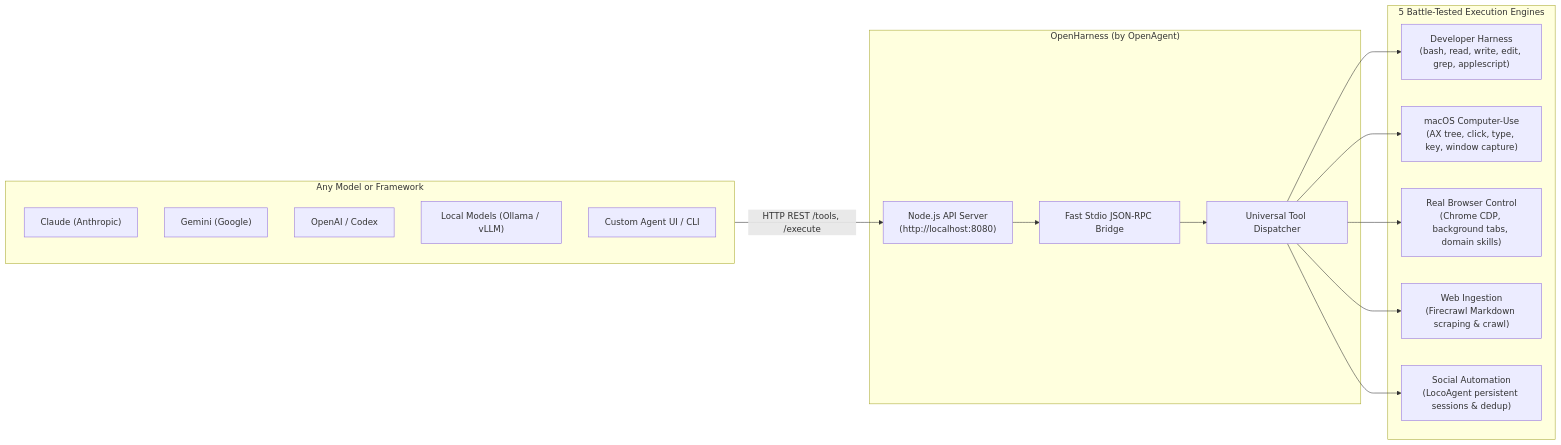
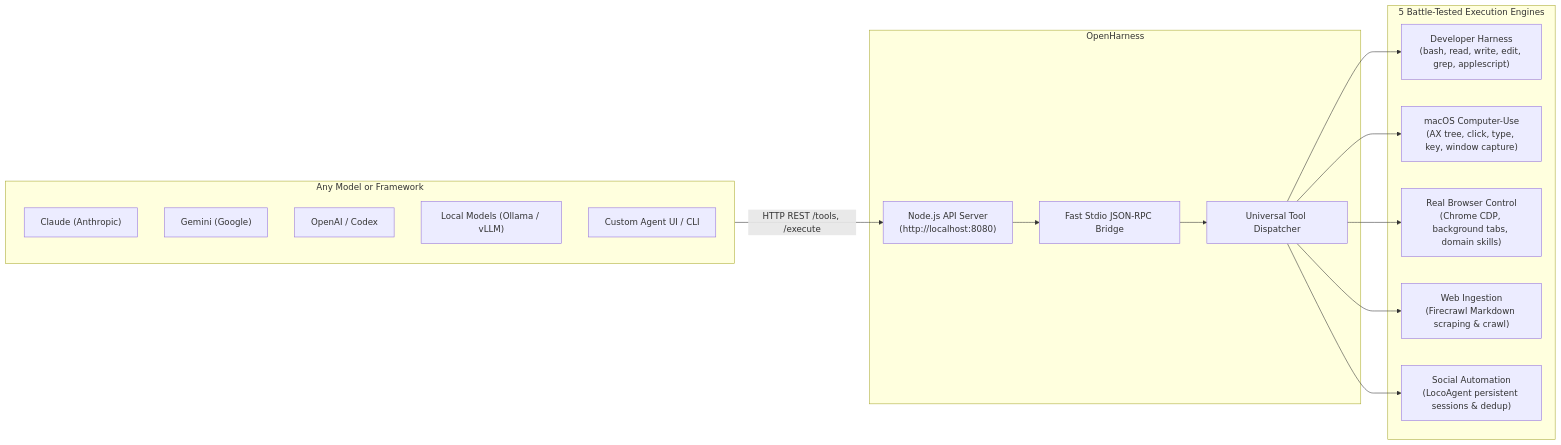
Before and after one commit to GitCoder052023/OpenHarness: the diagram in README.md, drawn with Mermaid. The commit also changed 7 other files, not shown here.

Commit message:
feat: remove references to OpenAgent in various files and update README structure

````diff
--- a/README.md
+++ b/README.md
@@ -51,33 +51,33 @@
 ```mermaid
 flowchart LR
     subgraph Clients["Any Model or Framework"]
         CL["Claude (Anthropic)"]
         GE["Gemini (Google)"]
         OX["OpenAI / Codex"]
         LM["Local Models (Ollama / vLLM)"]
         UI["Custom Agent UI / CLI"]
     end
 
-    subgraph OpenHarness["OpenHarness (by OpenAgent)"]
+    subgraph OpenHarness["OpenHarness"]
         API["Node.js API Server<br/>(http://localhost:8080)"]
         IPC["Fast Stdio JSON-RPC Bridge"]
         DISP["Universal Tool Dispatcher"]
         
         API --> IPC --> DISP
     end
 
     subgraph Engines["5 Battle-Tested Execution Engines"]
         E1["Developer Harness<br/>(bash, read, write, edit, grep, applescript)"]
         E2["macOS Computer-Use<br/>(AX tree, click, type, key, window capture)"]
         E3["Real Browser Control<br/>(Chrome CDP, background tabs, domain skills)"]
         E4["Web Ingestion<br/>(Firecrawl Markdown scraping & crawl)"]
         E5["Social Automation<br/>(LocoAgent persistent sessions & dedup)"]
     end
 
     Clients -->|"HTTP REST /tools, /execute"| API
     DISP --> E1
     DISP --> E2
     DISP --> E3
     DISP --> E4
     DISP --> E5
 ```
````
